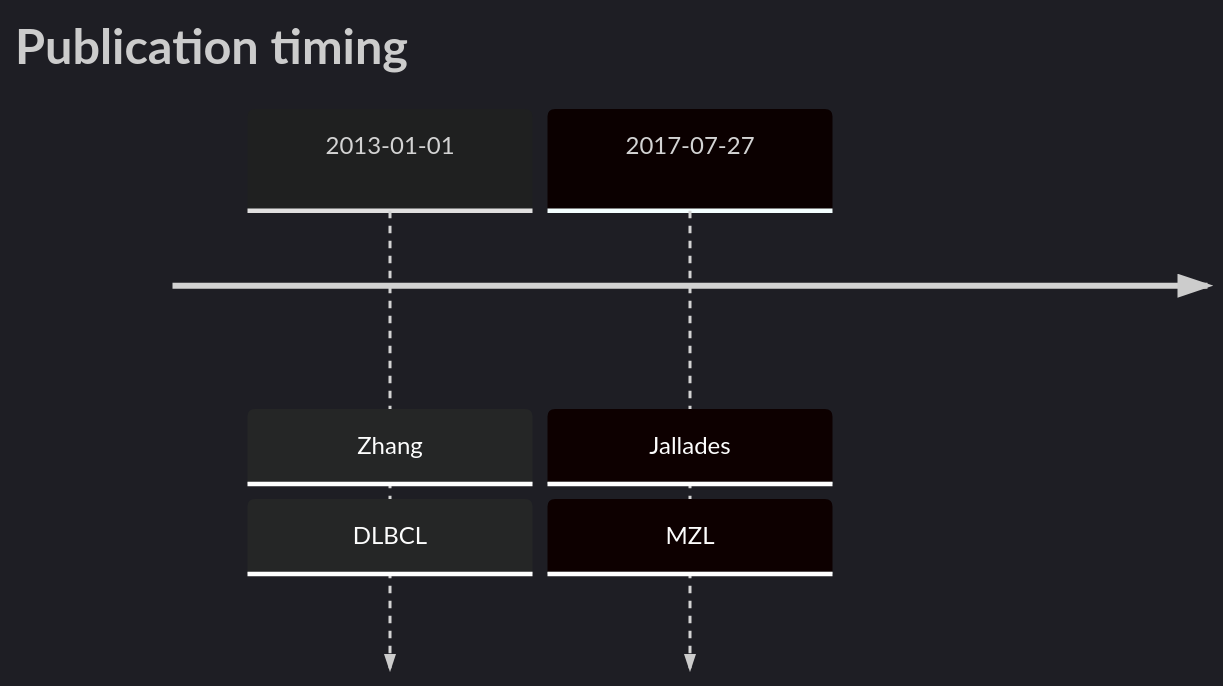
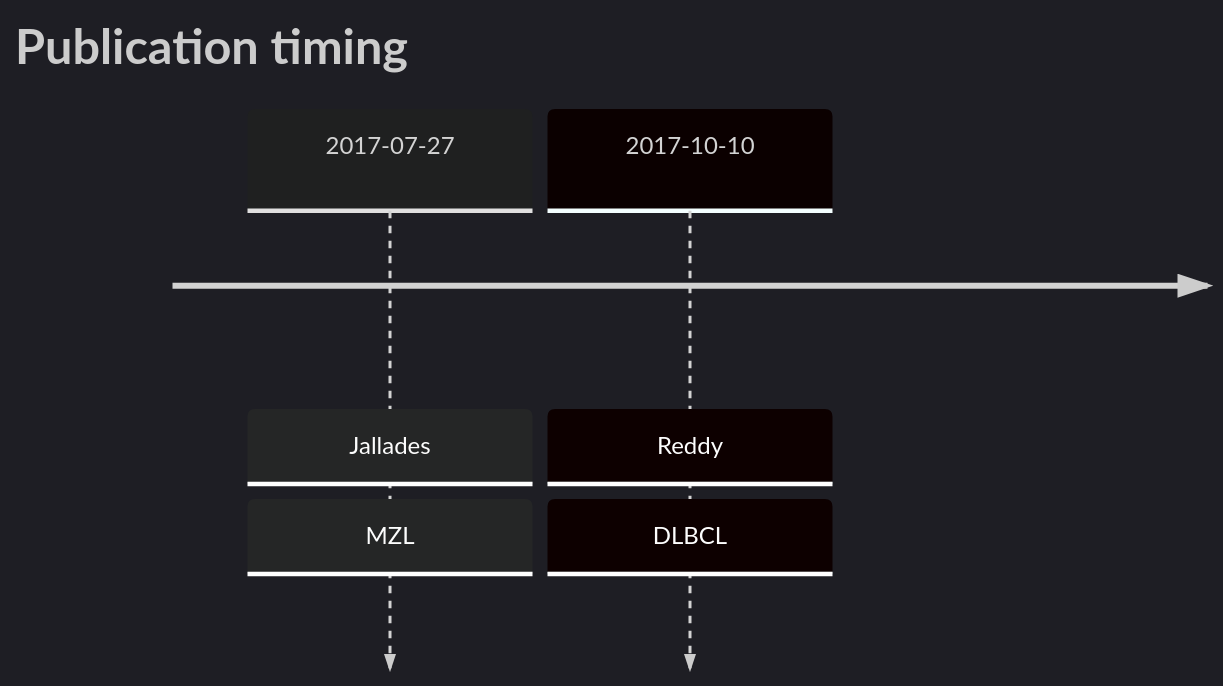
One commit to morinlab/lymphopedia changed the diagram in MGA.md. Above: the diagram before and after it, drawn with Mermaid. The commit also changed other lines of this file, not shown here.

````diff
--- a/MGA.md
+++ b/MGA.md
@@ -12,7 +12,7 @@
 ```mermaid
 %%{init: { 'logLevel': 'debug', 'theme': 'dark' } }%%
 timeline
     title Publication timing
-      2013-01-01 : Zhang : DLBCL
       2017-07-27 : Jallades : MZL
+      2017-10-10 : Reddy : DLBCL
 ```
````
